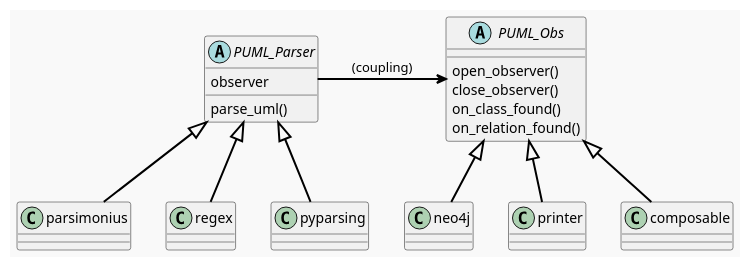
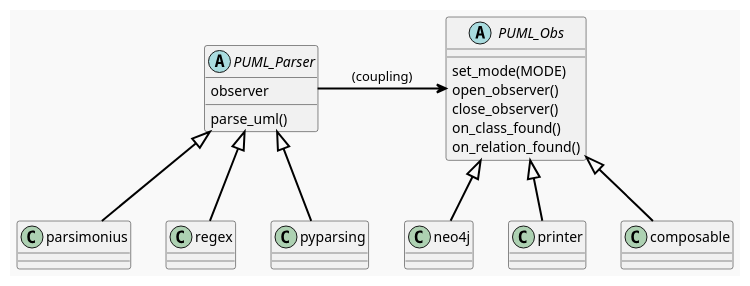
The diagram in Desing/parser-observer.plantuml (GonzaloGarciaZurlo/CodeDesignDeltaEvaluator), drawn with PlantUML before and after one commit. The commit also changed 3 other files, not shown here.

```diff
--- a/Desing/parser-observer.plantuml
+++ b/Desing/parser-observer.plantuml
@@ -1,37 +1,38 @@
 @startuml parser-observer
 skinparam packageStyle rectangle
 skinparam shadowing false
 skinparam backgroundColor #F9F9F9
 skinparam packageBackgroundColor #DDDDDD
 skinparam packageBorderColor #000000
 skinparam arrowColor #000000
 skinparam arrowThickness 2
 
 abstract class PUML_Parser {
     observer
     parse_uml()
 }
 abstract class PUML_Obs {
+    set_mode(MODE)
     open_observer()
     close_observer()
     on_class_found()
     on_relation_found()
 }
 class parsimonius
 class regex
 class pyparsing
 class neo4j
 class printer
 class composable
 
 PUML_Parser <|-- parsimonius
 PUML_Parser <|-- regex
 PUML_Parser <|-- pyparsing
 
 
 PUML_Obs <|-- neo4j
 PUML_Obs <|-- printer
 PUML_Obs <|-- composable
 
 PUML_Parser -> PUML_Obs : (coupling)
 @enduml
```
